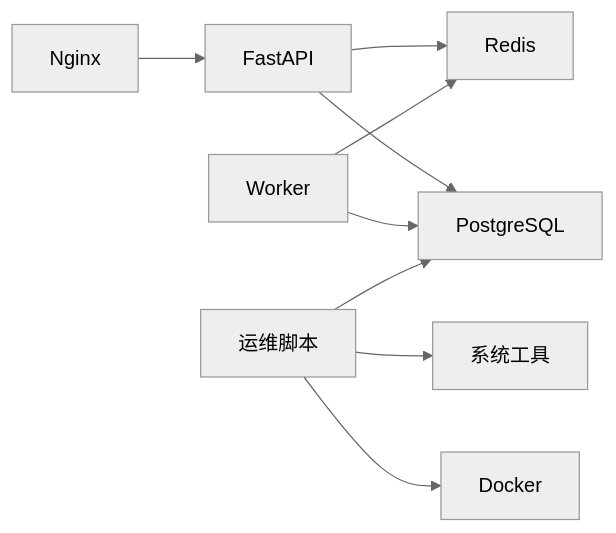
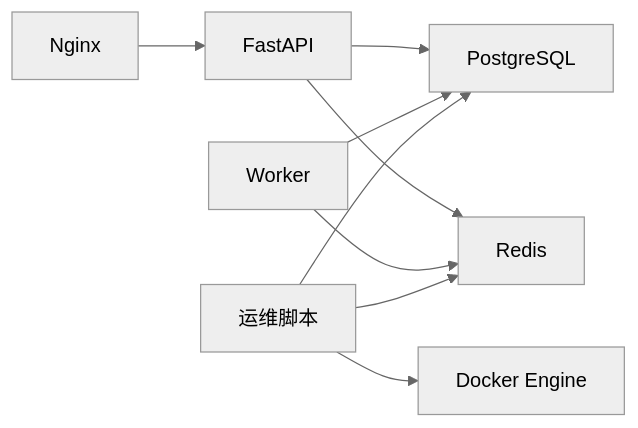
One commit to vu1Art1st/talos changed the ninth of 9 diagrams in .qoder/repowiki/zh/content/部署配置/部署配置.md. Above: the diagram before and after it, drawn with Mermaid (neutral theme). The commit also changed other lines of this file and 132 other files, not shown here.

````diff
--- a/.qoder/repowiki/zh/content/部署配置/部署配置.md
+++ b/.qoder/repowiki/zh/content/部署配置/部署配置.md
@@ -457,11 +401,11 @@
 ```mermaid
 graph LR
 API["FastAPI"] --> DB["PostgreSQL"]
 API --> REDIS["Redis"]
 WORKER["Worker"] --> REDIS
 WORKER --> DB
 NGINX["Nginx"] --> API
-OPS["运维脚本"] --> DB
-OPS --> DOCKER["Docker"]
-OPS --> SYSTEM["系统工具"]
+SCRIPTS["运维脚本"] --> DB
+SCRIPTS --> REDIS
+SCRIPTS --> DOCKER["Docker Engine"]
 ```
````
